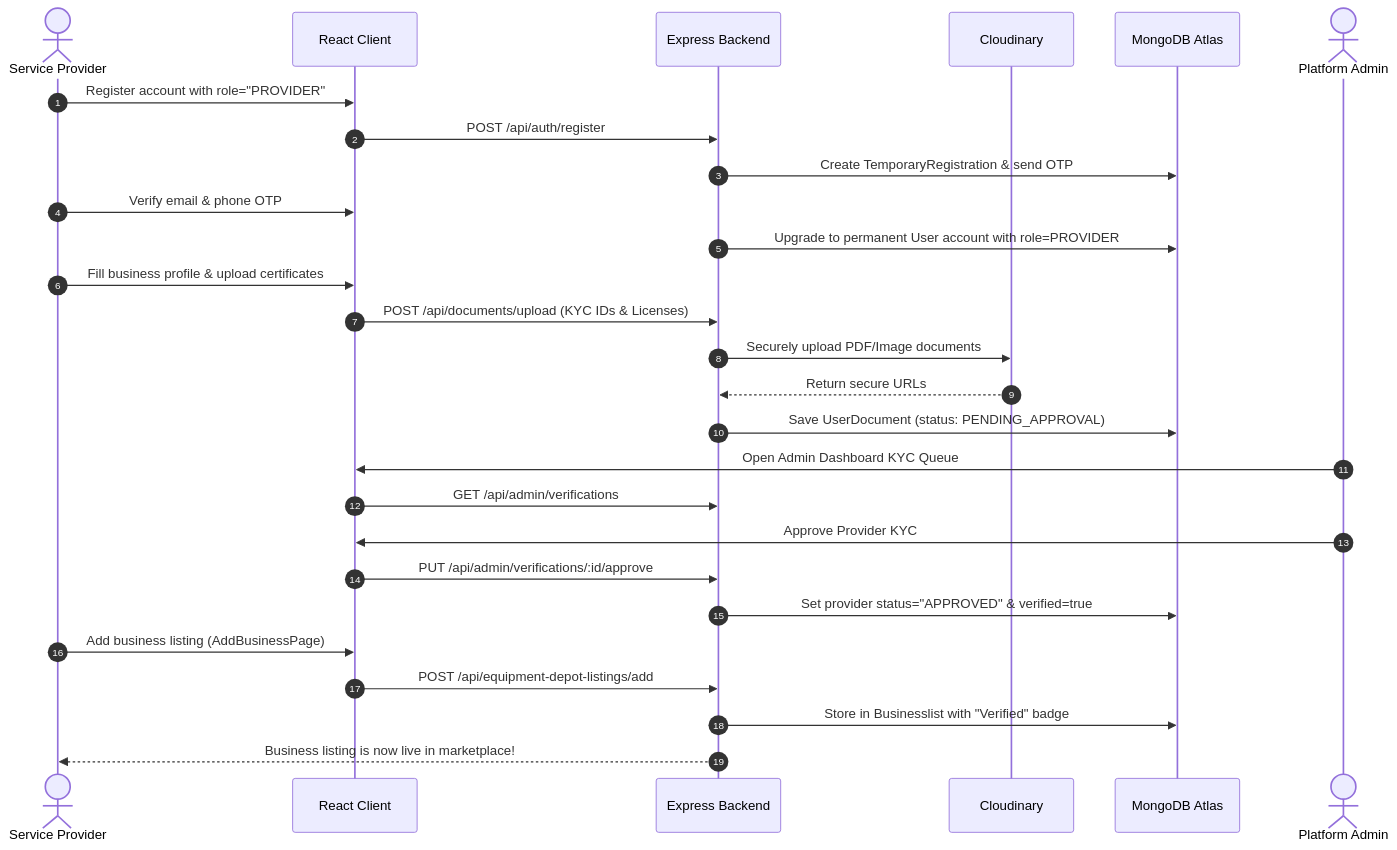
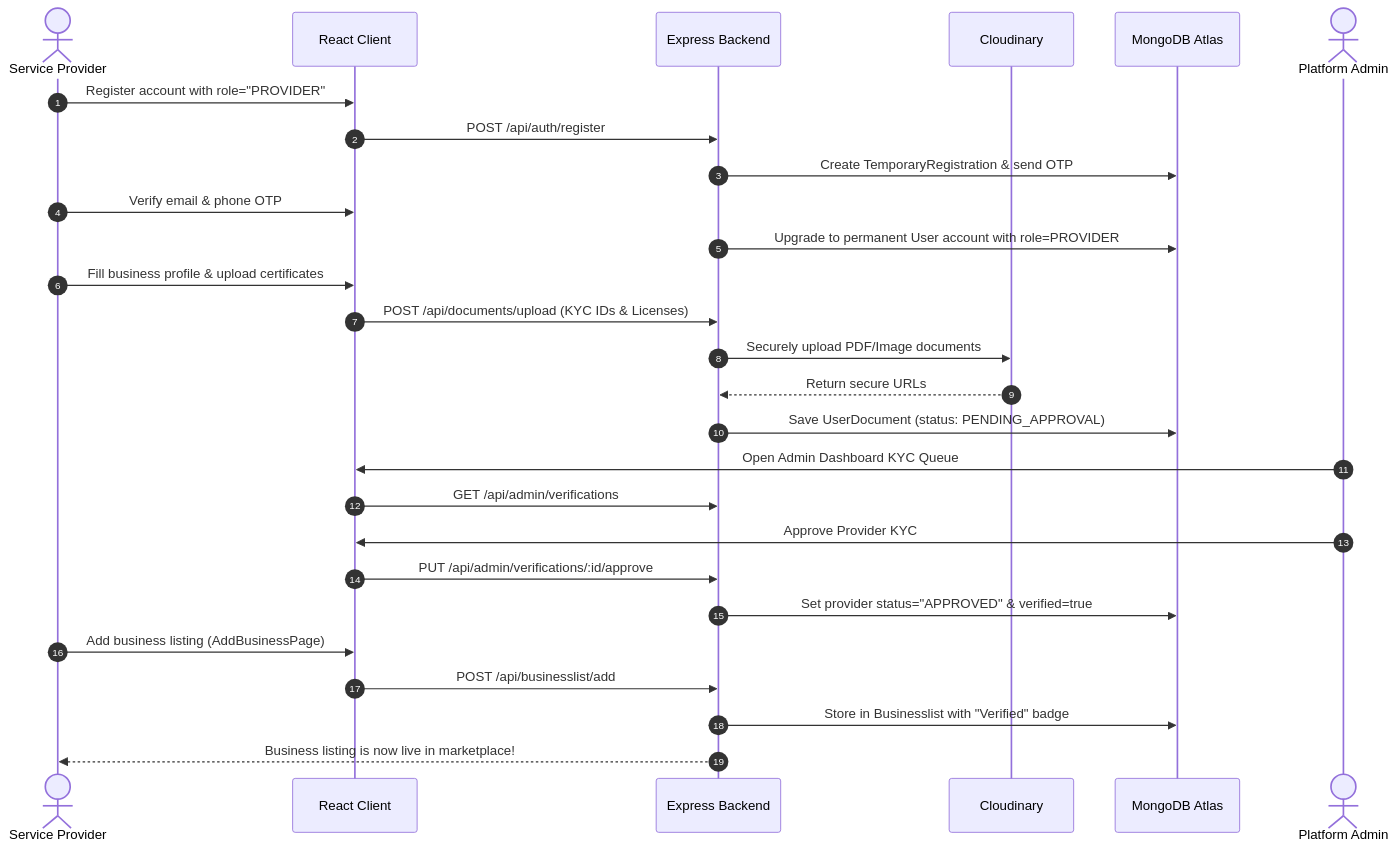
Before and after one commit to muthukumar9360/Servizhub: the third of 4 diagrams in README.md, drawn with Mermaid. The commit also changed other lines of this file and 112 other files, not shown here.

````diff
--- a/README.md
+++ b/README.md
@@ -162,30 +162,30 @@
 ```mermaid
 sequenceDiagram
     autonumber
     actor Provider as Service Provider
     participant Frontend as React Client
     participant API as Express Backend
     participant Cloud as Cloudinary
     participant DB as MongoDB Atlas
     actor Admin as Platform Admin
 
     Provider->>Frontend: Register account with role="PROVIDER"
     Frontend->>API: POST /api/auth/register
     API->>DB: Create TemporaryRegistration & send OTP
     Provider->>Frontend: Verify email & phone OTP
     API->>DB: Upgrade to permanent User account with role=PROVIDER
     Provider->>Frontend: Fill business profile & upload certificates
     Frontend->>API: POST /api/documents/upload (KYC IDs & Licenses)
     API->>Cloud: Securely upload PDF/Image documents
     Cloud-->>API: Return secure URLs
     API->>DB: Save UserDocument (status: PENDING_APPROVAL)
     Admin->>Frontend: Open Admin Dashboard KYC Queue
     Frontend->>API: GET /api/admin/verifications
     Admin->>Frontend: Approve Provider KYC
     Frontend->>API: PUT /api/admin/verifications/:id/approve
     API->>DB: Set provider status="APPROVED" & verified=true
     Provider->>Frontend: Add business listing (AddBusinessPage)
-    Frontend->>API: POST /api/equipment-depot-listings/add
+    Frontend->>API: POST /api/businesslist/add
     API->>DB: Store in Businesslist with "Verified" badge
     API-->>Provider: Business listing is now live in marketplace!
 ```
````
